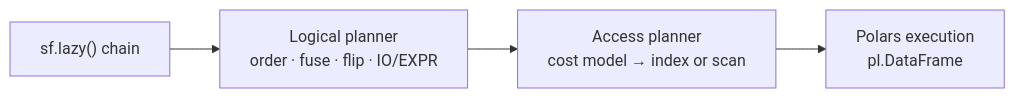
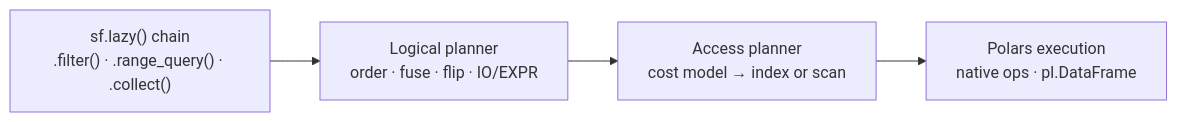
The first of 2 diagrams in README.md (pranav-walimbe/PyCanopy), drawn with Mermaid before and after one commit. The commit also changed other lines of this file, not shown here.

````diff
--- a/README.md
+++ b/README.md
@@ -421,6 +411,5 @@
 ```mermaid
 flowchart LR
-    A["sf.lazy() chain"] --> B["Logical planner\norder · fuse · flip · IO/EXPR"]
-    B --> C["Access planner\ncost model → index or scan"]
-    C --> D["Polars execution\npl.DataFrame"]
+    A["sf.lazy() chain\n.filter() · .range_query() · .collect()"] --> B["Logical planner\norder · fuse · flip · IO/EXPR"]
+    B --> C["Access planner\ncost model → index or scan"] --> D["Polars execution\nnative ops · pl.DataFrame"]
 ```
````
